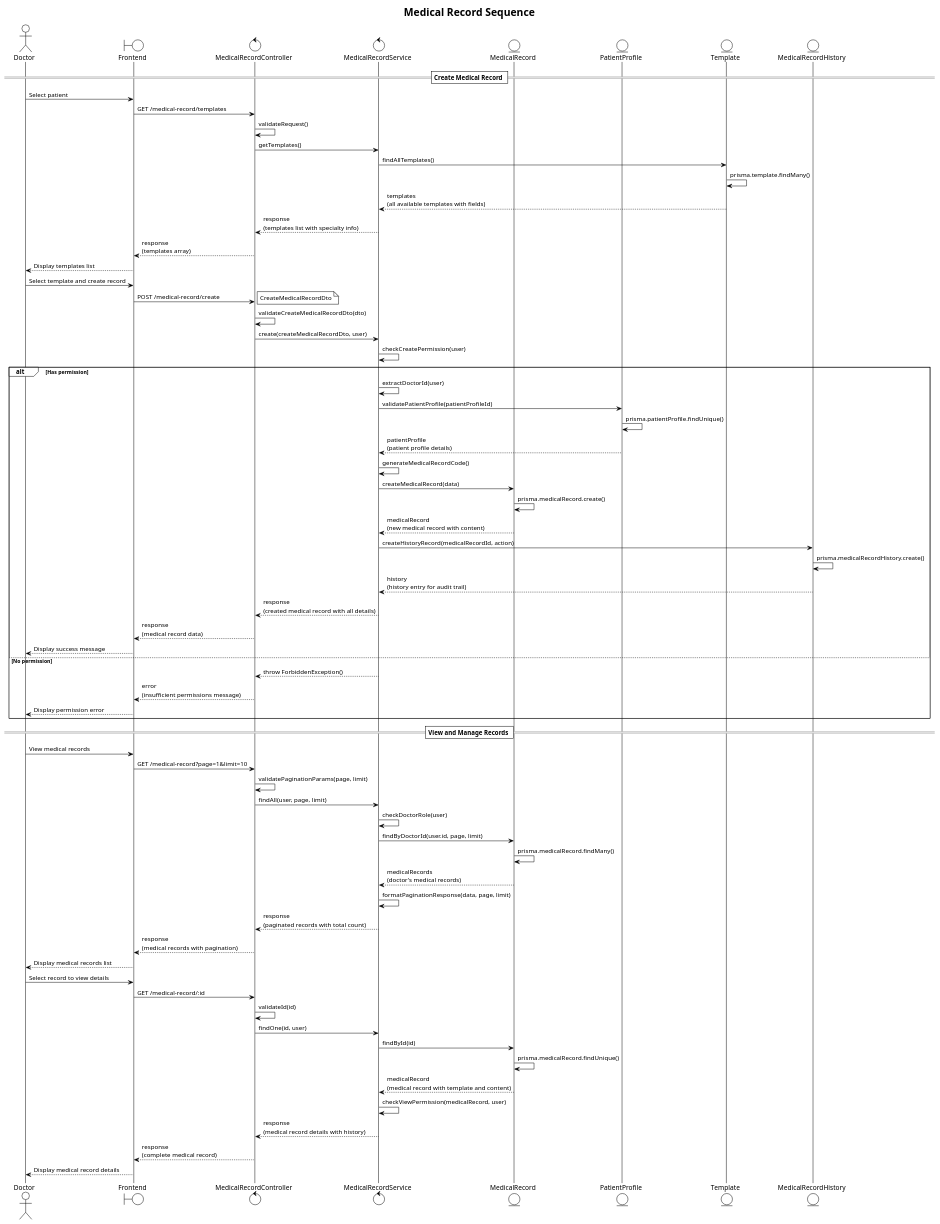
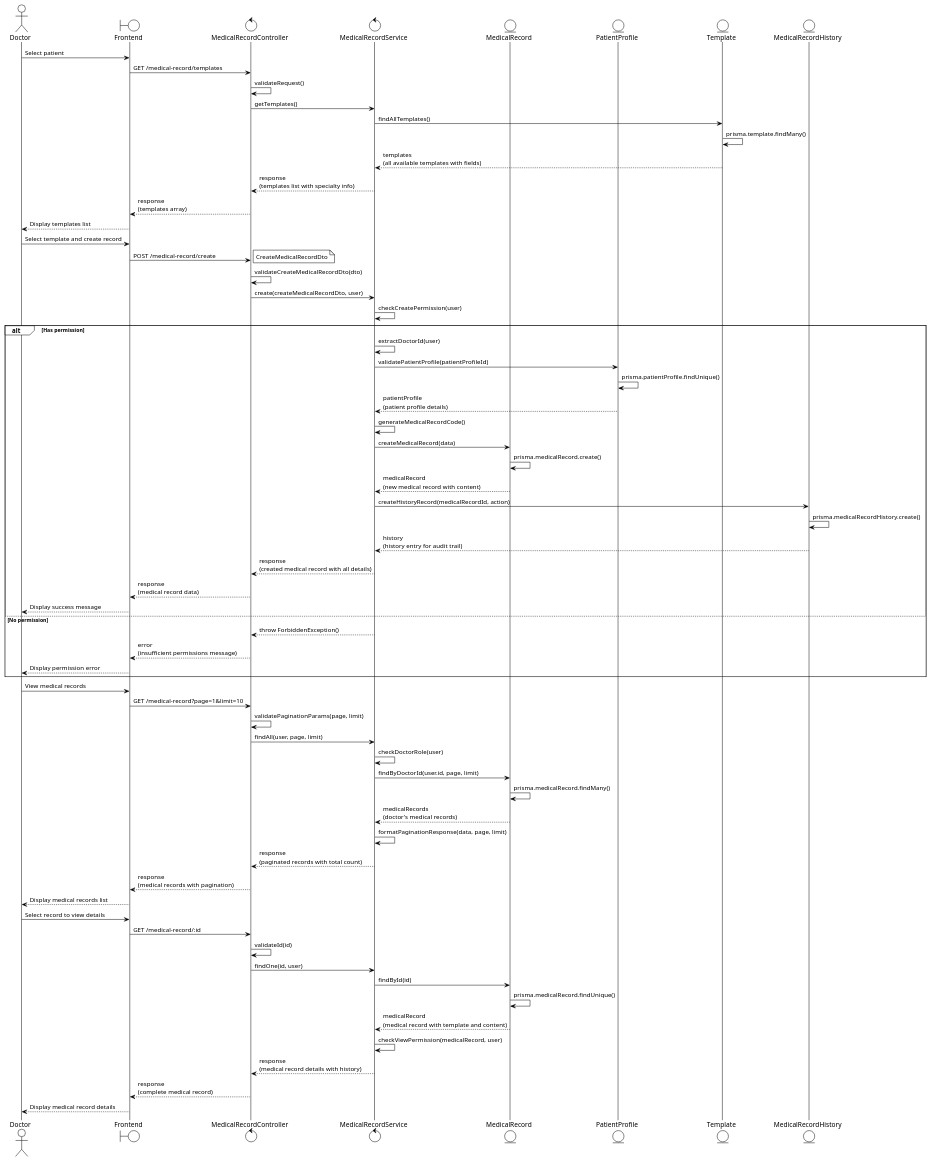
The diagram in docs/medical-record-sequence.puml (iamKhang/revita-be), drawn with PlantUML before and after one commit. The commit also changed 17 other files, not shown here.

```diff
--- a/docs/medical-record-sequence.puml
+++ b/docs/medical-record-sequence.puml
@@ -1,86 +1,82 @@
 @startuml Medical Record Sequence Diagram
 !theme plain
-title Medical Record Sequence
-
 actor "Doctor" as D
 boundary "Frontend" as F
 control "MedicalRecordController" as C
 control "MedicalRecordService" as M
 entity "MedicalRecord" as MR
 entity "PatientProfile" as PP
 entity "Template" as T
 entity "MedicalRecordHistory" as MRH
 
-== Create Medical Record ==
 
 D -> F: Select patient
 F -> C: GET /medical-record/templates
 C -> C: validateRequest()
 C -> M: getTemplates()
 M -> T: findAllTemplates()
 T -> T: prisma.template.findMany()
 T --> M: templates\n(all available templates with fields)
 M --> C: response\n(templates list with specialty info)
 C --> F: response\n(templates array)
 F --> D: Display templates list
 
 D -> F: Select template and create record
 F -> C: POST /medical-record/create
 note right: CreateMedicalRecordDto
 C -> C: validateCreateMedicalRecordDto(dto)
 C -> M: create(createMedicalRecordDto, user)
 M -> M: checkCreatePermission(user)
 
 alt Has permission
   M -> M: extractDoctorId(user)
   M -> PP: validatePatientProfile(patientProfileId)
   PP -> PP: prisma.patientProfile.findUnique()
   PP --> M: patientProfile\n(patient profile details)
   
   M -> M: generateMedicalRecordCode()
   M -> MR: createMedicalRecord(data)
   MR -> MR: prisma.medicalRecord.create()
   MR --> M: medicalRecord\n(new medical record with content)
   
   M -> MRH: createHistoryRecord(medicalRecordId, action)
   MRH -> MRH: prisma.medicalRecordHistory.create()
   MRH --> M: history\n(history entry for audit trail)
   
   M --> C: response\n(created medical record with all details)
   C --> F: response\n(medical record data)
   F --> D: Display success message
   
 else No permission
   M --> C: throw ForbiddenException()
   C --> F: error\n(insufficient permissions message)
   F --> D: Display permission error
 end
 
-== View and Manage Records ==
 
 D -> F: View medical records
 F -> C: GET /medical-record?page=1&limit=10
 C -> C: validatePaginationParams(page, limit)
 C -> M: findAll(user, page, limit)
 M -> M: checkDoctorRole(user)
 M -> MR: findByDoctorId(user.id, page, limit)
 MR -> MR: prisma.medicalRecord.findMany()
 MR --> M: medicalRecords\n(doctor's medical records)
 M -> M: formatPaginationResponse(data, page, limit)
 M --> C: response\n(paginated records with total count)
 C --> F: response\n(medical records with pagination)
 F --> D: Display medical records list
 
 D -> F: Select record to view details
 F -> C: GET /medical-record/:id
 C -> C: validateId(id)
 C -> M: findOne(id, user)
 M -> MR: findById(id)
 MR -> MR: prisma.medicalRecord.findUnique()
 MR --> M: medicalRecord\n(medical record with template and content)
 M -> M: checkViewPermission(medicalRecord, user)
 M --> C: response\n(medical record details with history)
 C --> F: response\n(complete medical record)
 F --> D: Display medical record details
 
 @enduml
```
